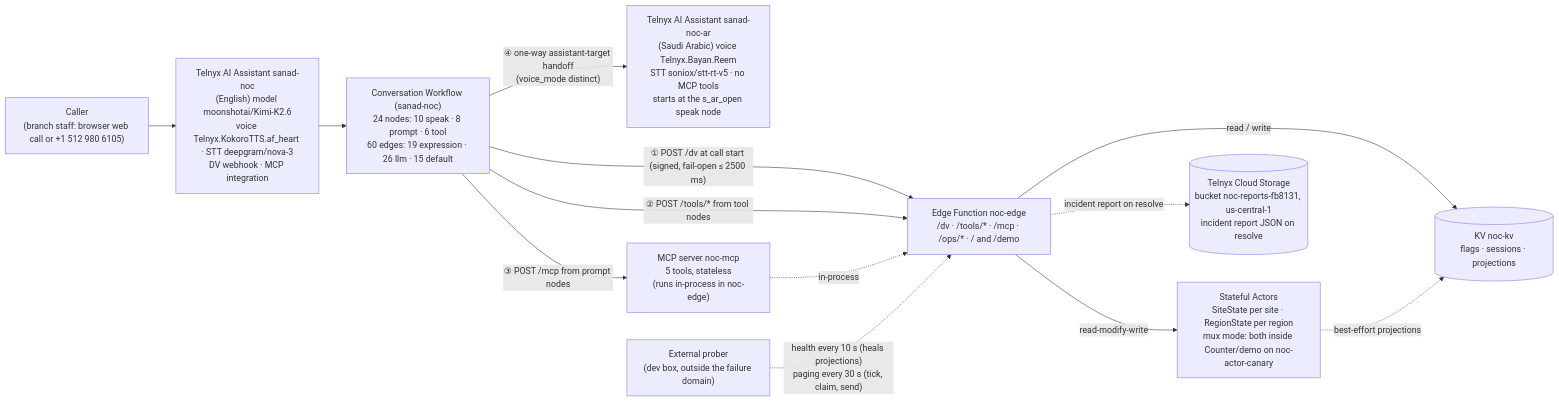
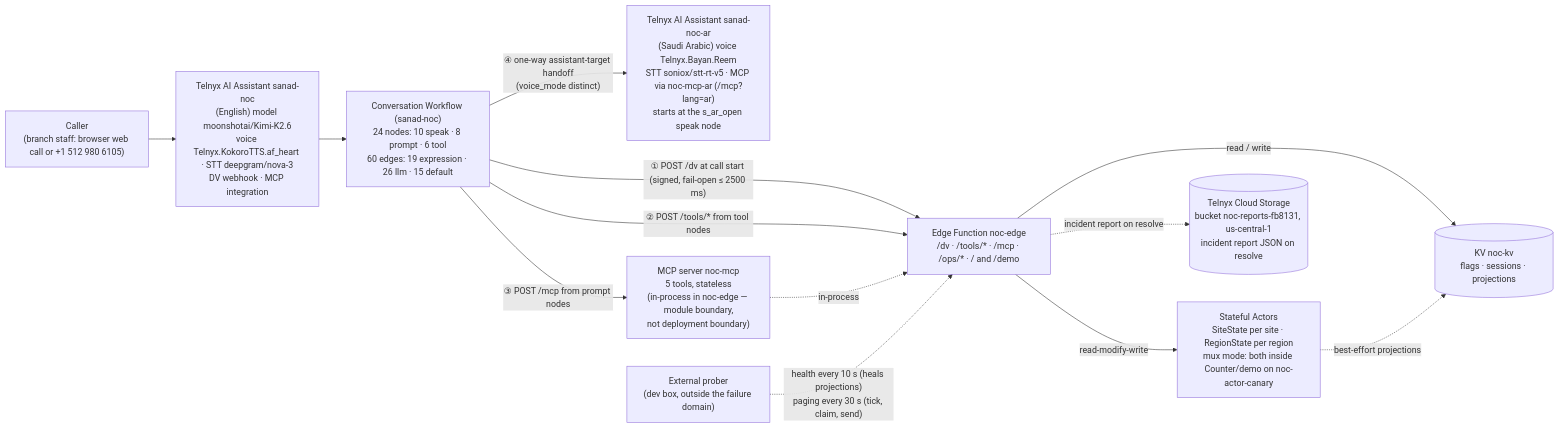
Before and after one commit to ifahad/noc-front-door: the diagram in docs/architecture.md, drawn with Mermaid. The commit also changed other lines of this file and 8 other files, not shown here.

````diff
--- a/docs/architecture.md
+++ b/docs/architecture.md
@@ -7,26 +7,26 @@
 ```mermaid
 flowchart LR
   caller["Caller<br/>(branch staff: browser web call or +1 512 980 6105)"]
   asst["Telnyx AI Assistant sanad-noc<br/>(English) model moonshotai/Kimi-K2.6<br/>voice Telnyx.KokoroTTS.af_heart · STT deepgram/nova-3<br/>DV webhook · MCP integration"]
   wf["Conversation Workflow (sanad-noc)<br/>24 nodes: 10 speak · 8 prompt · 6 tool<br/>60 edges: 19 expression · 26 llm · 15 default"]
-  ar["Telnyx AI Assistant sanad-noc-ar<br/>(Saudi Arabic) voice Telnyx.Bayan.Reem<br/>STT soniox/stt-rt-v5 · no MCP tools<br/>starts at the s_ar_open speak node"]
+  ar["Telnyx AI Assistant sanad-noc-ar<br/>(Saudi Arabic) voice Telnyx.Bayan.Reem<br/>STT soniox/stt-rt-v5 · MCP via noc-mcp-ar (/mcp?lang=ar)<br/>starts at the s_ar_open speak node"]
   edge["Edge Function noc-edge<br/>/dv · /tools/* · /mcp · /ops/* · / and /demo"]
-  mcp["MCP server noc-mcp<br/>5 tools, stateless<br/>(runs in-process in noc-edge)"]
+  mcp["MCP server noc-mcp<br/>5 tools, stateless<br/>(in-process in noc-edge — module boundary,<br/>not deployment boundary)"]
   kv[("KV noc-kv<br/>flags · sessions · projections")]
   actors["Stateful Actors<br/>SiteState per site · RegionState per region<br/>mux mode: both inside Counter/demo on noc-actor-canary"]
   tcs[("Telnyx Cloud Storage<br/>bucket noc-reports-fb8131, us-central-1<br/>incident report JSON on resolve")]
   prober["External prober<br/>(dev box, outside the failure domain)"]
 
   caller --> asst
   asst --> wf
   wf -->|"④ one-way assistant-target handoff<br/>(voice_mode distinct)"| ar
   wf -->|"① POST /dv at call start (signed, fail-open ≤ 2500 ms)"| edge
   wf -->|"② POST /tools/* from tool nodes"| edge
   wf -->|"③ POST /mcp from prompt nodes"| mcp
   mcp -.->|"in-process"| edge
   edge -->|"read / write"| kv
   edge -->|"read-modify-write"| actors
   actors -.->|"best-effort projections"| kv
   edge -.->|"incident report on resolve"| tcs
   prober -.->|"health every 10 s (heals projections)<br/>paging every 30 s (tick, claim, send)"| edge
 ```
````
